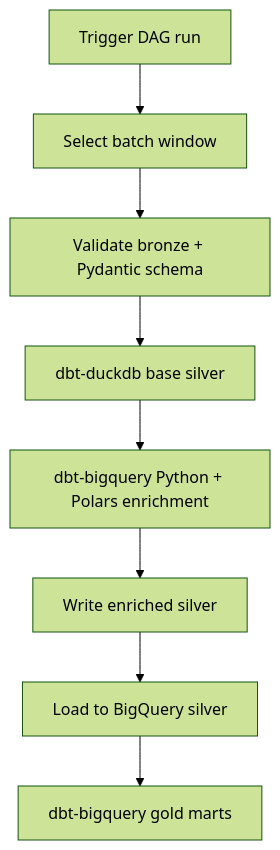
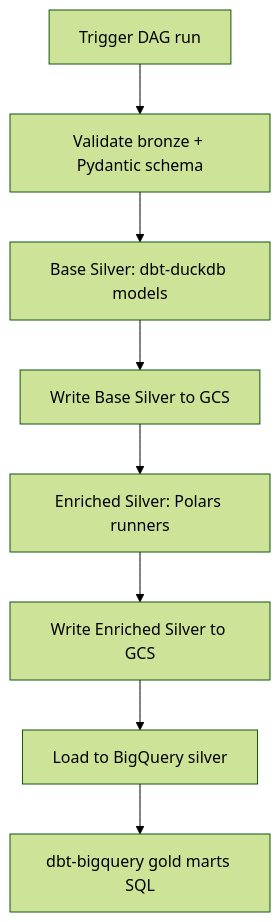
The first of 2 diagrams in docs/planning/planning/SILVER_PLAN.md (G-Schumacher44/ecom_datalake_pipelines), drawn with Mermaid (forest theme) before and after one commit. The commit also changed other lines of this file and 13 other files, not shown here.

````diff
--- a/docs/planning/planning/SILVER_PLAN.md
+++ b/docs/planning/planning/SILVER_PLAN.md
@@ -239,10 +239,10 @@
 ```mermaid
 flowchart TD
-    A[Trigger DAG run] --> B[Select batch window]
-    B --> C[Validate bronze + Pydantic schema]
-    C --> D[dbt-duckdb base silver]
-    D --> E[dbt-bigquery Python + Polars enrichment]
-    E --> F[Write enriched silver]
+    A[Trigger DAG run] --> B[Validate bronze + Pydantic schema]
+    B --> C[Base Silver: dbt-duckdb models]
+    C --> D[Write Base Silver to GCS]
+    D --> E[Enriched Silver: Polars runners]
+    E --> F[Write Enriched Silver to GCS]
     F --> G[Load to BigQuery silver]
-    G --> H[dbt-bigquery gold marts]
+    G --> H[dbt-bigquery gold marts SQL]
 ```
````
